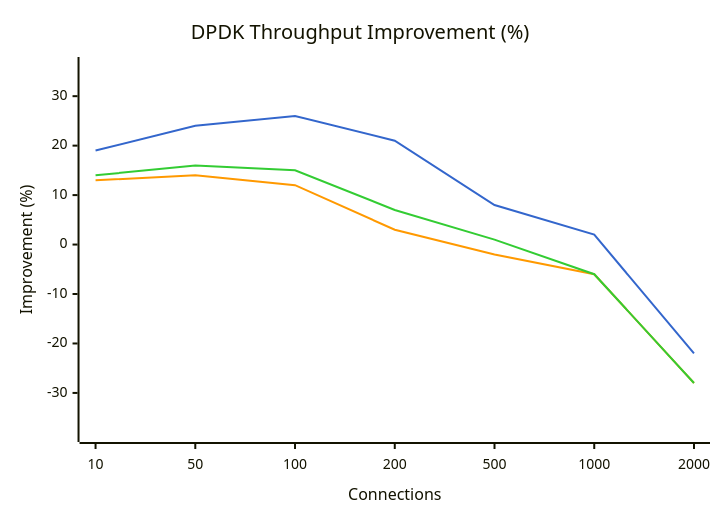
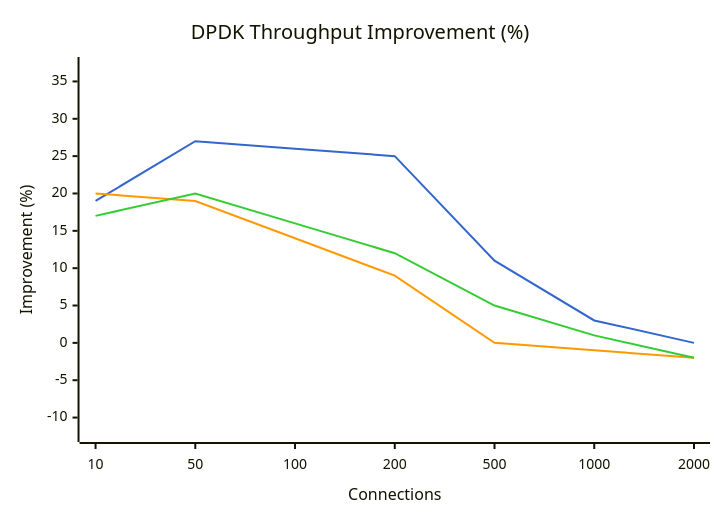
Before and after one commit to youyuanwu/bypass-misc: the third of 6 diagrams in docs/Bench/Azure/Standard_D8s_v5.md, drawn with Mermaid. The commit also changed other lines of this file and 5 other files, not shown here.

````diff
--- a/docs/Bench/Azure/Standard_D8s_v5.md
+++ b/docs/Bench/Azure/Standard_D8s_v5.md
@@ -86,15 +86,15 @@
 ```mermaid
 ---
 config:
     themeVariables:
         xyChart:
             plotColorPalette: "#3366cc, #ff9900, #33cc33"
 ---
 xychart-beta
     title "DPDK Throughput Improvement (%)"
     x-axis "Connections" [10, 50, 100, 200, 500, 1000, 2000]
-    y-axis "Improvement (%)" -38 --> 36
-    line "vs tokio" [19, 24, 26, 21, 8, 2, -22]
-    line "vs tokio-local" [13, 14, 12, 3, -2, -6, -28]
-    line "vs kimojio" [14, 16, 15, 7, 1, -6, -28]
+    y-axis "Improvement (%)" -12 --> 37
+    line "vs tokio" [19, 27, 26, 25, 11, 3, 0]
+    line "vs tokio-local" [20, 19, 14, 9, 0, -1, -2]
+    line "vs kimojio" [17, 20, 16, 12, 5, 1, -2]
 ```
````
